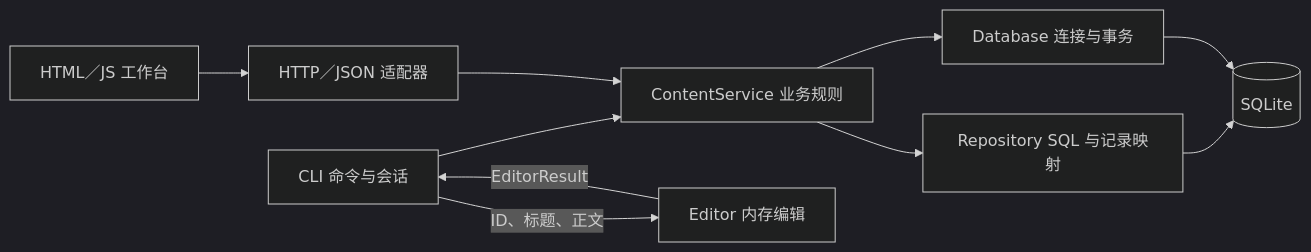
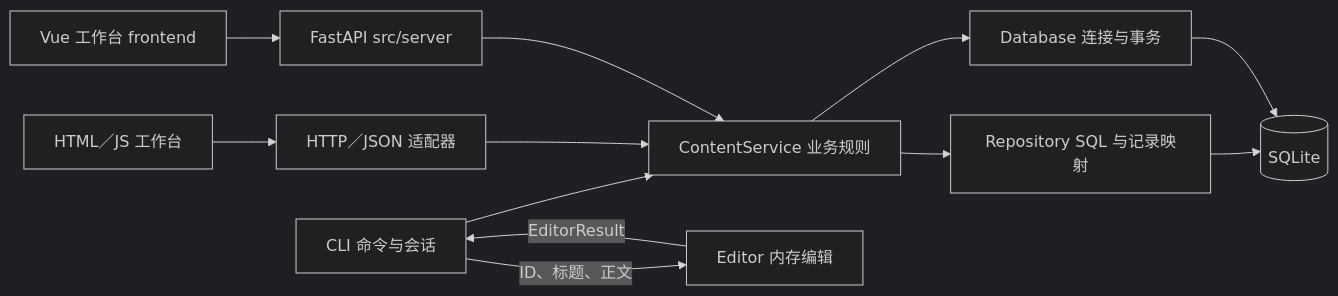
The diagram in docs/架构分层.md (TechnetiumNeko/c156_core), drawn with Mermaid (dark theme) before and after one commit. The commit also changed other lines of this file and 5 other files, not shown here.

Commit message:
docs: document Vue FastAPI local workflow and verification

````diff
--- a/docs/架构分层.md
+++ b/docs/架构分层.md
@@ -20,12 +21,14 @@
 ```mermaid
 flowchart LR
     CLI[CLI 命令与会话] --> Service[ContentService 业务规则]
     Browser[HTML／JS 工作台] --> Web[HTTP／JSON 适配器]
     Web --> Service
+    Vue[Vue 工作台 frontend] --> Server[FastAPI src/server]
+    Server --> Service
     Service --> Repository[Repository SQL 与记录映射]
     Repository --> SQLite[(SQLite)]
     Service --> Database[Database 连接与事务]
     Database --> SQLite
     CLI -->|ID、标题、正文| Editor[Editor 内存编辑]
     Editor -->|EditorResult| CLI
 ```
````
